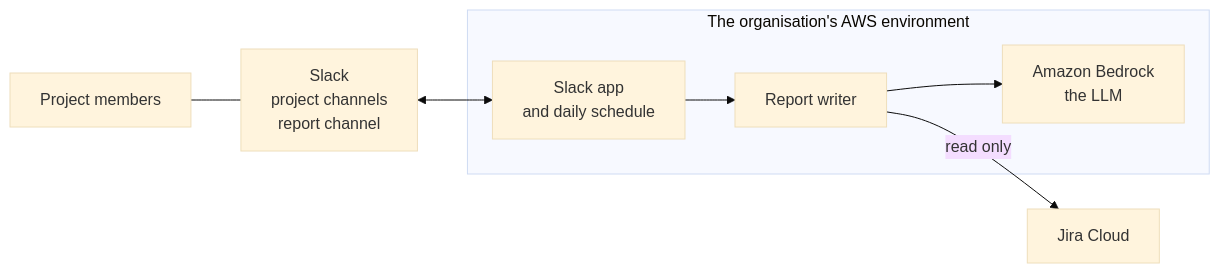
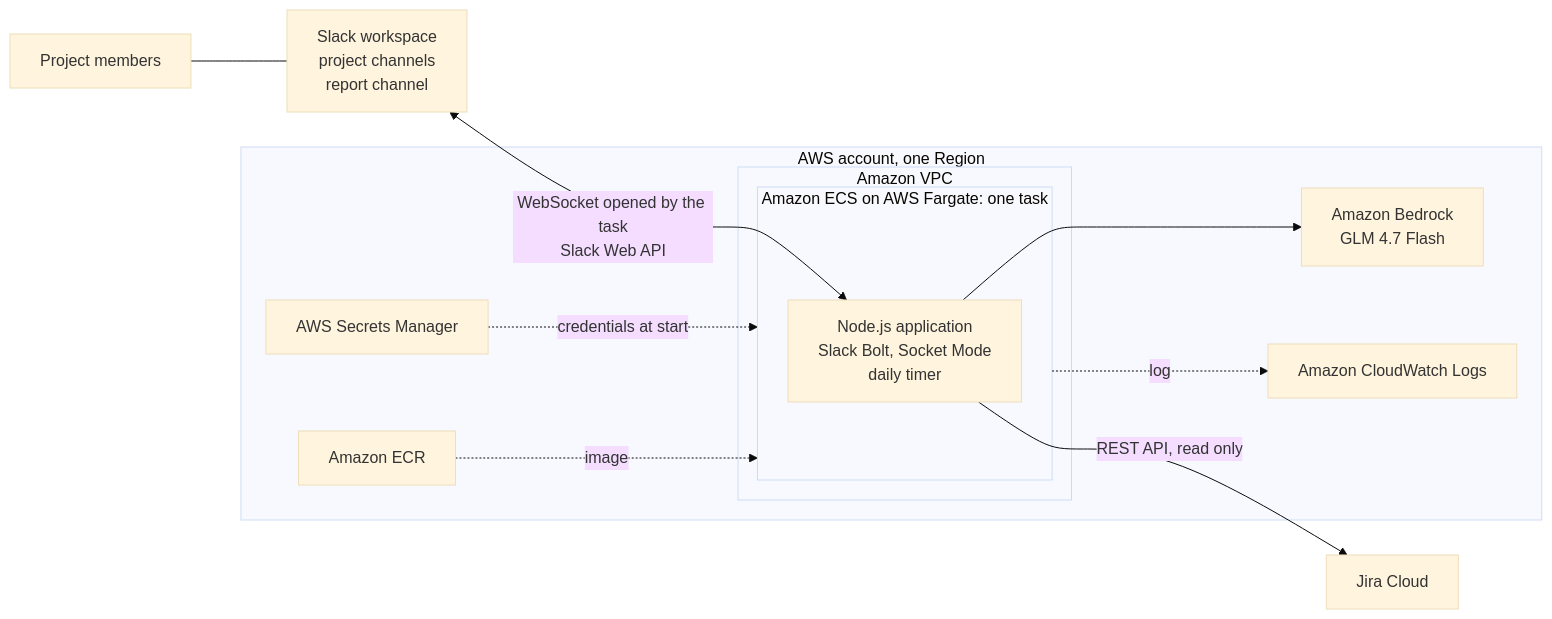
The second of 2 diagrams in docs/poc/02-daily-report.md (phuc-nt/slack-web-automation-poc), drawn with Mermaid (base theme) before and after one commit. The commit also changed other lines of this file and 1 other file, not shown here.

First line of the commit message:
Detail the flow and name the tech stack in the POC docs

````diff
--- a/docs/poc/02-daily-report.md
+++ b/docs/poc/02-daily-report.md
@@ -64,13 +110,21 @@
 ```mermaid
 flowchart LR
-    U[Project members] --- SL[Slack<br/>project channels<br/>report channel]
-    subgraph AWS[The organisation's AWS environment]
-        APP[Slack app<br/>and daily schedule]
-        RW[Report writer]
-        LLM[Amazon Bedrock<br/>the LLM]
+    U[Project members] --- SL[Slack workspace<br/>project channels<br/>report channel]
+    subgraph AWS[AWS account, one Region]
+        subgraph VPC[Amazon VPC]
+            subgraph TASK[Amazon ECS on AWS Fargate: one task]
+                APP[Node.js application<br/>Slack Bolt, Socket Mode<br/>daily timer]
+            end
+        end
+        BR[Amazon Bedrock<br/>GLM 4.7 Flash]
+        SM[AWS Secrets Manager]
+        ECR[Amazon ECR]
+        CW[Amazon CloudWatch Logs]
     end
-    SL <--> APP
-    APP --> RW
-    RW --> LLM
-    RW -->|read only| JIRA[Jira Cloud]
+    SL <-->|WebSocket opened by the task<br/>Slack Web API| APP
+    APP -->|REST API, read only| JIRA[Jira Cloud]
+    APP --> BR
+    SM -.->|credentials at start| TASK
+    ECR -.->|image| TASK
+    TASK -.->|log| CW
 ```
````
